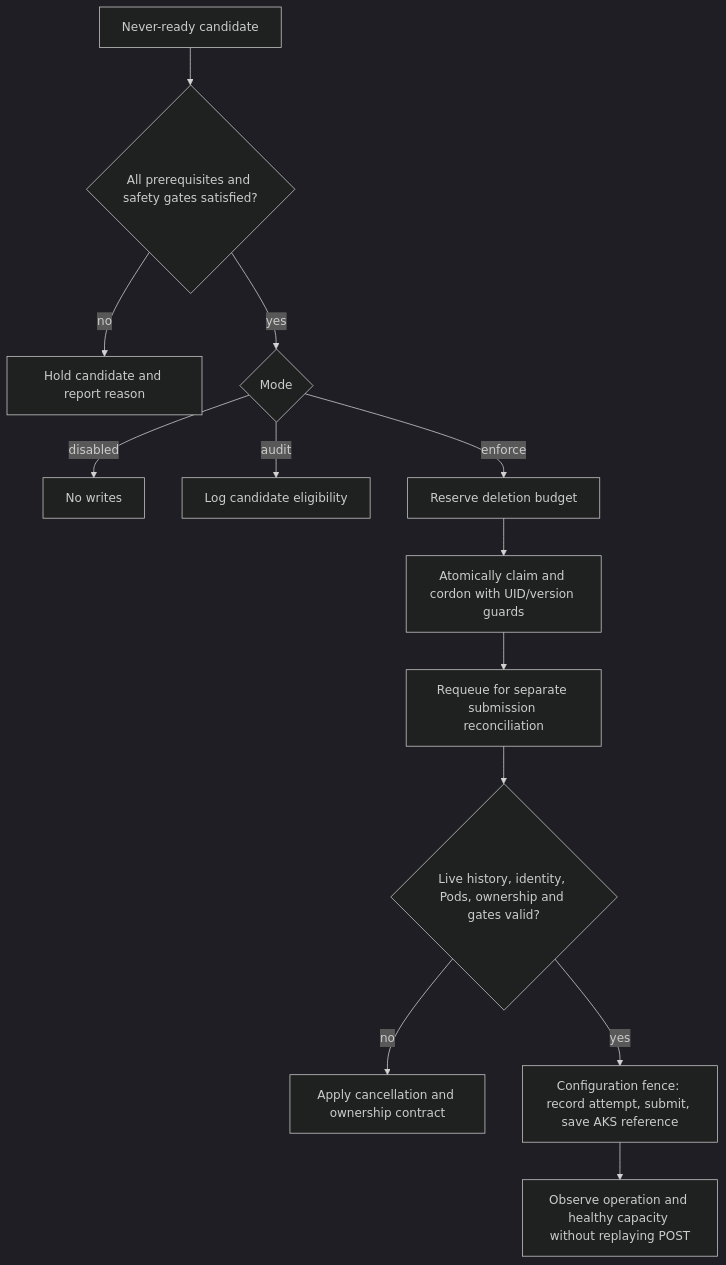
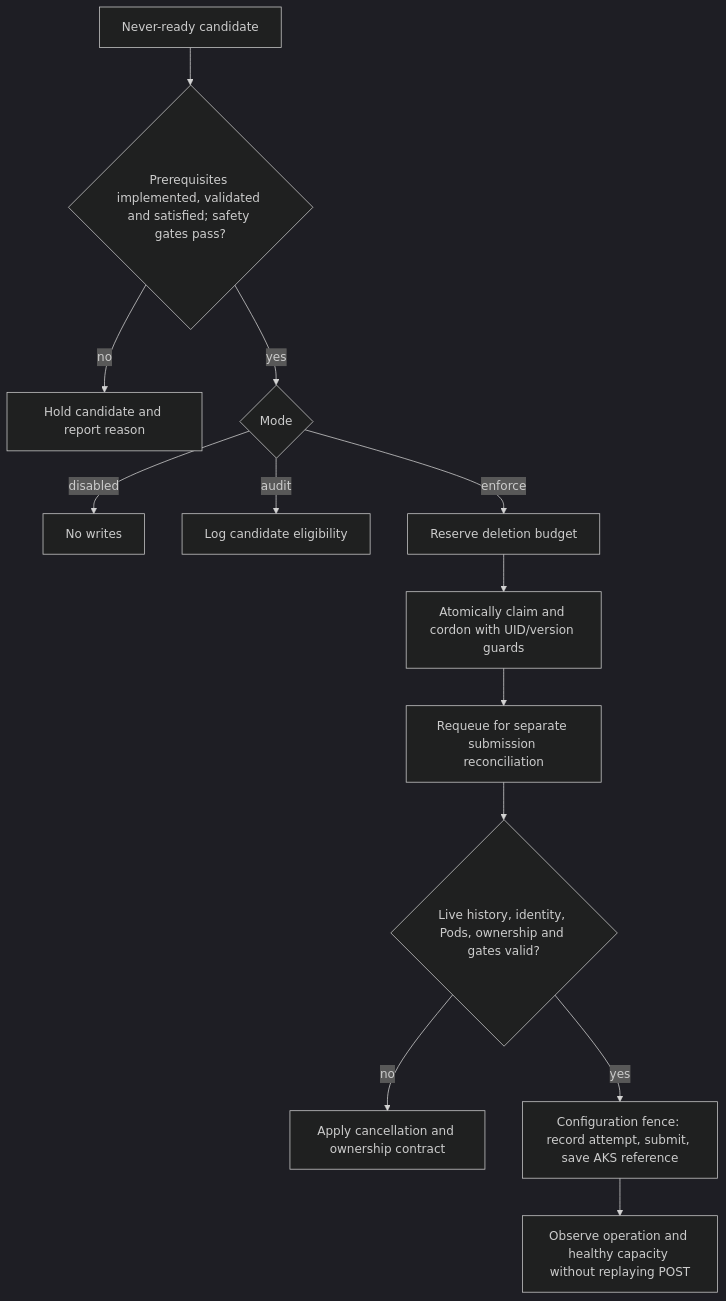
One commit to Azure/ARO-HCP changed the second of 2 diagrams in docs/controllers/node-mitigation.md. Above: the diagram before and after it, drawn with Mermaid (dark theme). The commit also changed other lines of this file and 1 other file, not shown here.

Commit message:
docs(mgmt-agent): clarify mitigation scope and enforcement gate (AROSLSRE-2190)

````diff
--- a/docs/controllers/node-mitigation.md
+++ b/docs/controllers/node-mitigation.md
@@ -116,15 +116,15 @@
 ```mermaid
 flowchart TD
-    N["Never-ready candidate"] --> P{"All prerequisites and safety gates satisfied?"}
+    N["Never-ready candidate"] --> P{"Prerequisites implemented, validated and satisfied; safety gates pass?"}
     P -- no --> H["Hold candidate and report reason"]
     P -- yes --> M{"Mode"}
     M -- disabled --> X["No writes"]
     M -- audit --> L["Log candidate eligibility"]
     M -- enforce --> B["Reserve deletion budget"]
     B --> C["Atomically claim and cordon with UID/version guards"]
     C --> R["Requeue for separate submission reconciliation"]
     R --> V{"Live history, identity, Pods, ownership and gates valid?"}
     V -- no --> Q["Apply cancellation and ownership contract"]
     V -- yes --> F["Configuration fence: record attempt, submit, save AKS reference"]
     F --> O["Observe operation and healthy capacity without replaying POST"]
 ```
````
